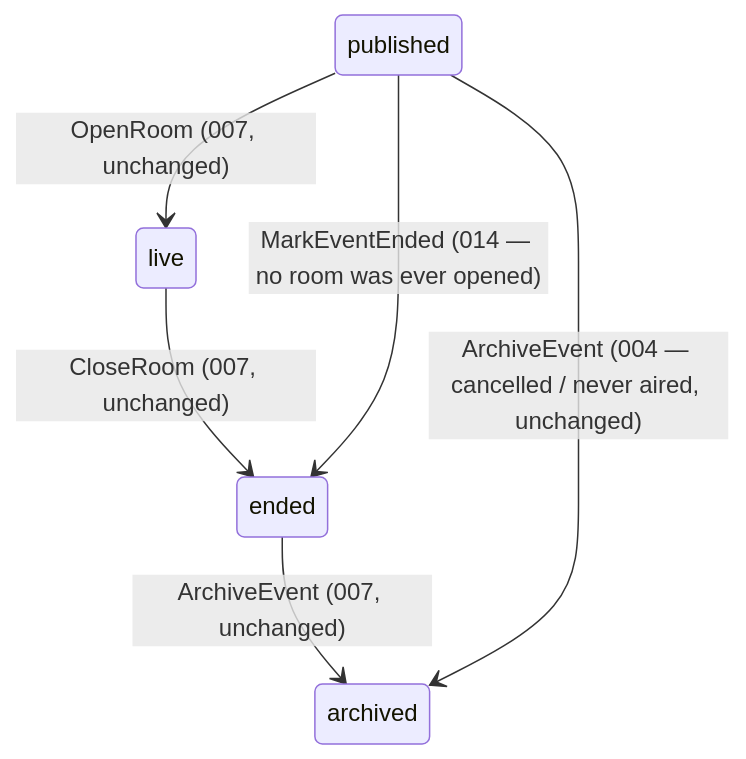
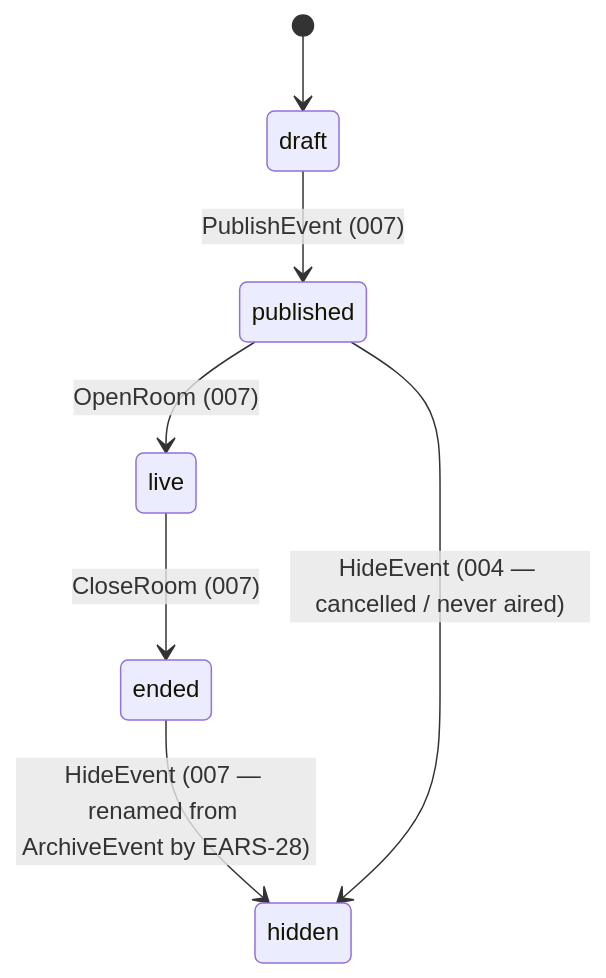
Before and after one commit to doctor-school/ds-platform: the fourth of 12 diagrams in apps/docs/content/specs/features/014-event-recordings/014-design.md, drawn with Mermaid. The commit also changed other lines of this file and 15 other files, not shown here.

First line of the commit message:
docs(1751): spec revision — legacy broadcast lifecycle, hidden-state rename, EARS-18 withdrawal (#1757)

````diff
--- a/apps/docs/content/specs/features/014-event-recordings/014-design.md
+++ b/apps/docs/content/specs/features/014-event-recordings/014-design.md
@@ -137,8 +141,9 @@
 ```mermaid
 stateDiagram-v2
-  published --> live : OpenRoom (007, unchanged)
-  live --> ended : CloseRoom (007, unchanged)
-  published --> ended : MarkEventEnded (014 — no room was ever opened)
-  ended --> archived : ArchiveEvent (007, unchanged)
-  published --> archived : ArchiveEvent (004 — cancelled / never aired, unchanged)
+  [*] --> draft
+  draft --> published : PublishEvent (007)
+  published --> live : OpenRoom (007)
+  live --> ended : CloseRoom (007)
+  ended --> hidden : HideEvent (007 — renamed from ArchiveEvent by EARS-28)
+  published --> hidden : HideEvent (004 — cancelled / never aired)
 ```
````
